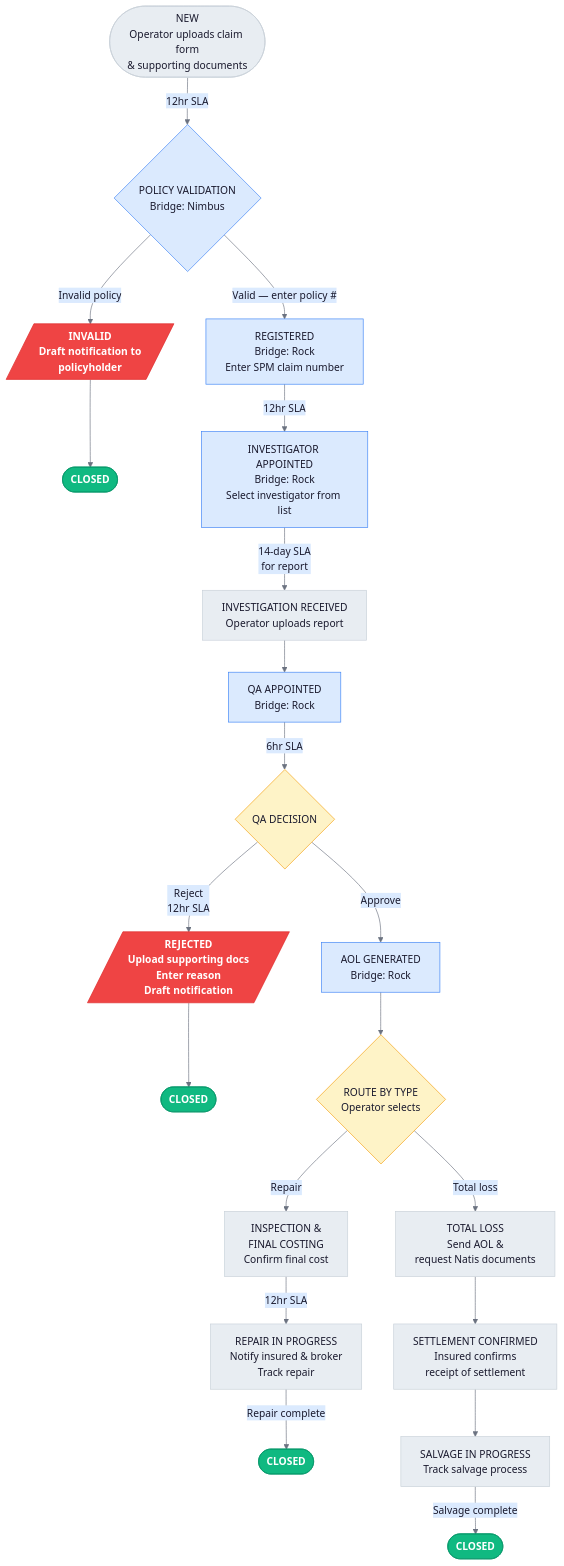
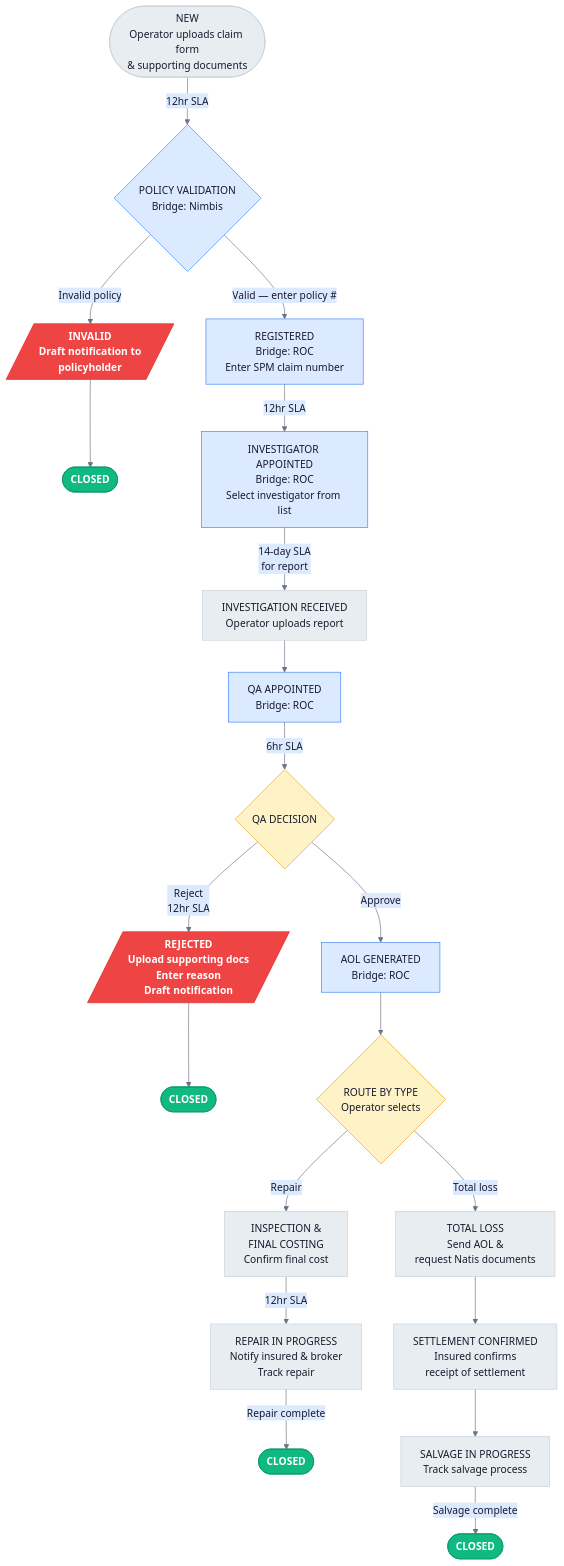
The second of 3 diagrams in docs/RTUSA-POC-V2.md (Fr3nn3r/rtu-demo), drawn with Mermaid before and after one commit. The commit also changed other lines of this file, not shown here.

````diff
--- a/docs/RTUSA-POC-V2.md
+++ b/docs/RTUSA-POC-V2.md
@@ -360,78 +370,78 @@
 ```mermaid
 %%{init: {'theme':'base', 'themeVariables': {
   'primaryColor':'#E8EDF2',
   'primaryTextColor':'#1A1A2E',
   'primaryBorderColor':'#C8D0D8',
   'lineColor':'#6B7280',
   'secondaryColor':'#DBEAFE',
   'tertiaryColor':'#FEF3C7'
 }}}%%
 flowchart TD
     NEW([NEW<br/>Operator uploads claim form<br/>& supporting documents])
     NEW -->|"12hr SLA"| PV
 
-    PV{POLICY VALIDATION<br/>Bridge: Nimbus}
+    PV{POLICY VALIDATION<br/>Bridge: Nimbis}
     PV -->|"Invalid policy"| INVALID
     PV -->|"Valid — enter policy #"| REG
 
     INVALID[/"INVALID<br/>Draft notification to<br/>policyholder"/]
     INVALID --> CLOSED_INV
 
-    REG[REGISTERED<br/>Bridge: Rock<br/>Enter SPM claim number]
+    REG[REGISTERED<br/>Bridge: ROC<br/>Enter SPM claim number]
     REG -->|"12hr SLA"| INVEST_APPT
 
-    INVEST_APPT[INVESTIGATOR APPOINTED<br/>Bridge: Rock<br/>Select investigator from list]
+    INVEST_APPT[INVESTIGATOR APPOINTED<br/>Bridge: ROC<br/>Select investigator from list]
     INVEST_APPT -->|"14-day SLA<br/>for report"| INVEST_RCV
 
     INVEST_RCV[INVESTIGATION RECEIVED<br/>Operator uploads report]
     INVEST_RCV --> QA
 
-    QA[QA APPOINTED<br/>Bridge: Rock]
+    QA[QA APPOINTED<br/>Bridge: ROC]
     QA -->|"6hr SLA"| QA_DEC
 
     QA_DEC{QA DECISION}
     QA_DEC -->|"Approve"| AOL
     QA_DEC -->|"Reject<br/>12hr SLA"| REJ_QA
 
     REJ_QA[/"REJECTED<br/>Upload supporting docs<br/>Enter reason<br/>Draft notification"/]
     REJ_QA --> CLOSED_REJ
 
-    AOL[AOL GENERATED<br/>Bridge: Rock]
+    AOL[AOL GENERATED<br/>Bridge: ROC]
     AOL --> ROUTE_TYPE
 
     ROUTE_TYPE{ROUTE BY TYPE<br/>Operator selects}
 
     ROUTE_TYPE -->|"Repair"| INSPECT
     ROUTE_TYPE -->|"Total loss"| TOTAL_LOSS
 
     INSPECT[INSPECTION &<br/>FINAL COSTING<br/>Confirm final cost]
     INSPECT -->|"12hr SLA"| REPAIR
 
     REPAIR[REPAIR IN PROGRESS<br/>Notify insured & broker<br/>Track repair]
     REPAIR -->|"Repair complete"| CLOSED_REPAIR
 
     TOTAL_LOSS[TOTAL LOSS<br/>Send AOL &<br/>request Natis documents]
     TOTAL_LOSS --> SETTLE
 
     SETTLE[SETTLEMENT CONFIRMED<br/>Insured confirms<br/>receipt of settlement]
     SETTLE --> SALVAGE
 
     SALVAGE[SALVAGE IN PROGRESS<br/>Track salvage process]
     SALVAGE -->|"Salvage complete"| CLOSED_SALVAGE
 
     CLOSED_INV([CLOSED])
     CLOSED_REJ([CLOSED])
     CLOSED_REPAIR([CLOSED])
     CLOSED_SALVAGE([CLOSED])
 
     classDef closedState fill:#10B981,stroke:#059669,color:#fff,font-weight:bold
     classDef invalidState fill:#EF4444,stroke:#DC2626,color:#fff,font-weight:bold
     classDef bridgeStep fill:#DBEAFE,stroke:#3B82F6,color:#1A1A2E
     classDef decisionNode fill:#FEF3C7,stroke:#F59E0B,color:#1A1A2E
 
     class CLOSED_INV,CLOSED_REPAIR,CLOSED_SALVAGE closedState
     class CLOSED_REJ closedState
     class INVALID,REJ_QA invalidState
     class PV,REG,INVEST_APPT,QA,AOL bridgeStep
     class QA_DEC,ROUTE_TYPE decisionNode
 ```
````
